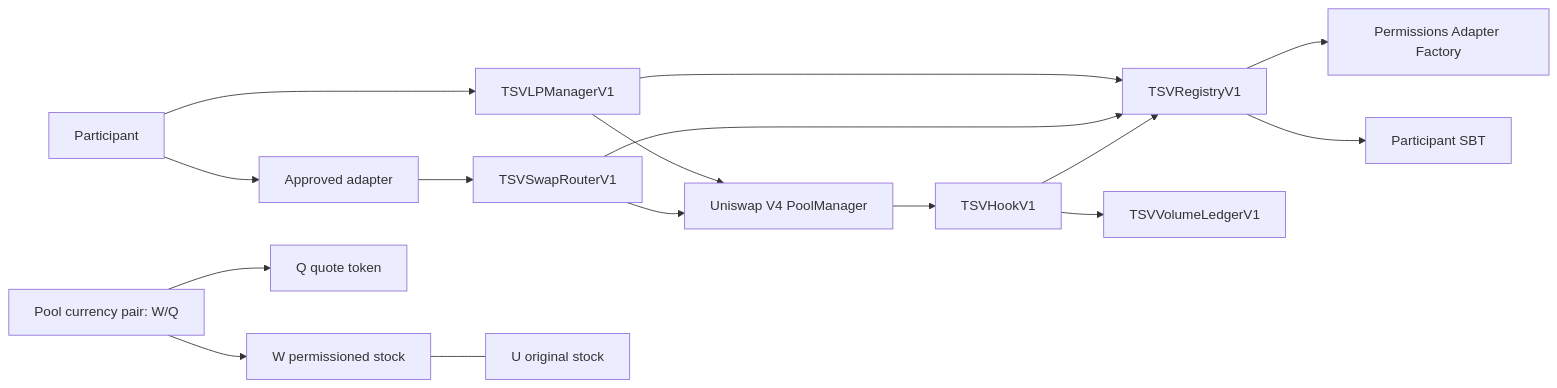
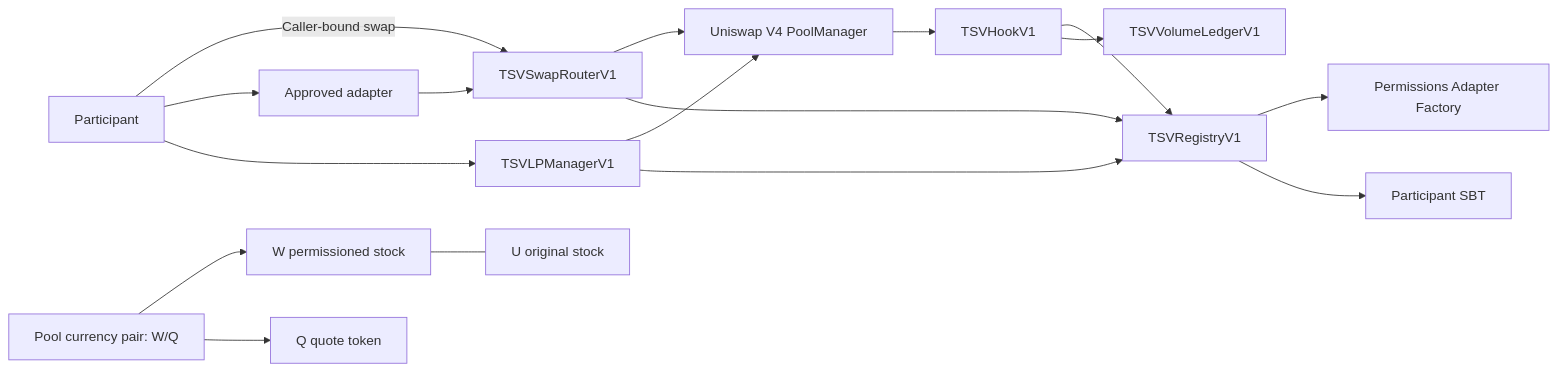
The diagram in README.md (okx/tsv), drawn with Mermaid before and after one commit. The commit also changed other lines of this file and 9 other files, not shown here.

Commit message:
feat(router): add caller-bound swaps and recipient check

````diff
--- a/README.md
+++ b/README.md
@@ -17,18 +17,19 @@
 ```mermaid
 flowchart LR
-  User[Participant] --> Adapter[Approved adapter]
-  Adapter --> Router[TSVSwapRouterV1]
+  User[Participant] -->|Caller-bound swap| Router[TSVSwapRouterV1]
+  User --> Adapter[Approved adapter]
+  Adapter --> Router
   User --> LP[TSVLPManagerV1]
   Router --> PM[Uniswap V4 PoolManager]
   LP --> PM
   PM --> Hook[TSVHookV1]
   Hook --> Registry[TSVRegistryV1]
   Hook --> Ledger[TSVVolumeLedgerV1]
   Router --> Registry
   LP --> Registry
   Registry --> Factory[Permissions Adapter Factory]
   Registry --> SBT[Participant SBT]
   W[W permissioned stock] --- U[U original stock]
   Pool[Pool currency pair: W/Q] --> W
   Pool --> Q[Q quote token]
 ```
````
